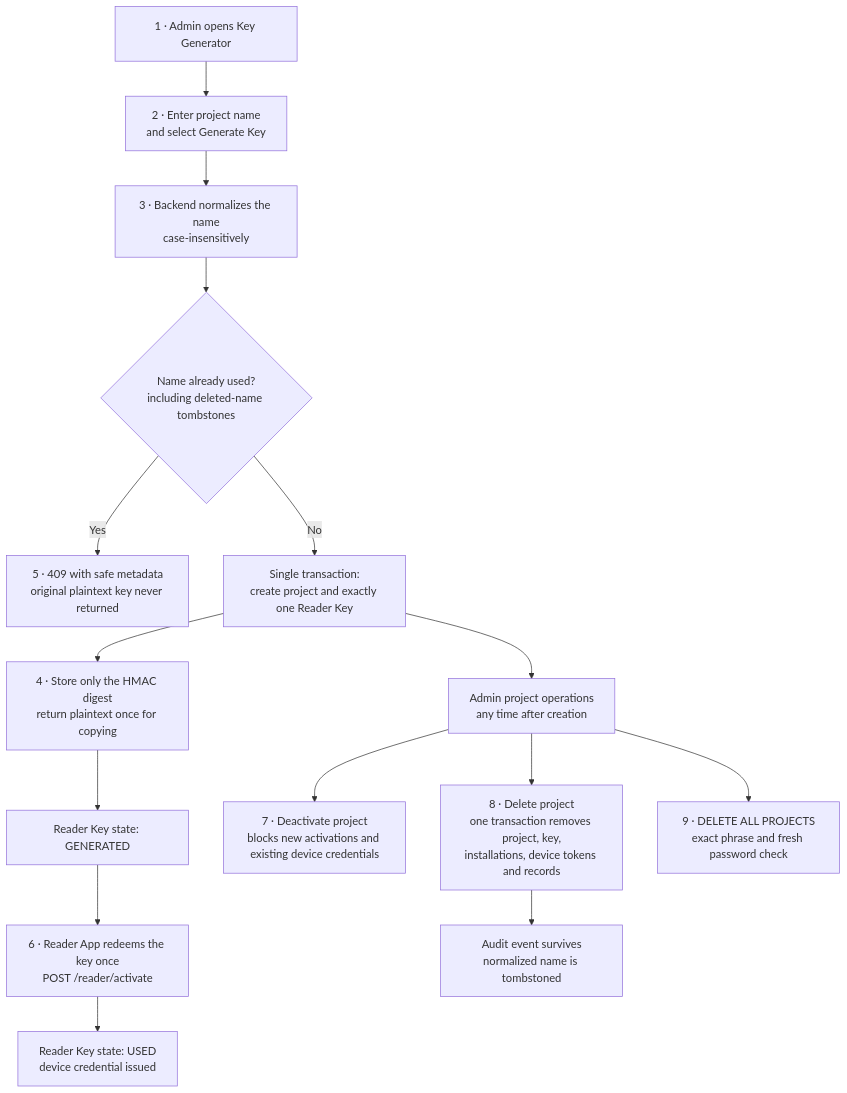
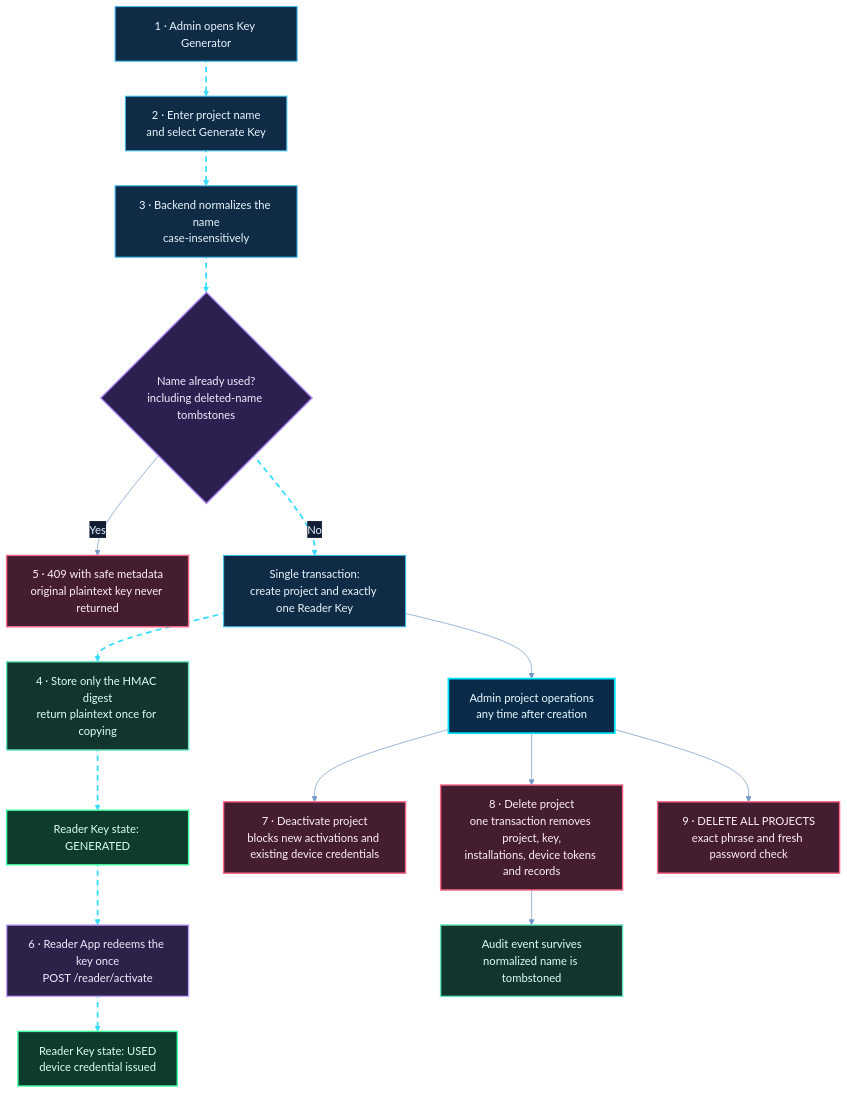
Diagram 13 of 23 in README.md (shajeduzzamanenan992008inc/NexOra-Database-key-Gen), drawn with Mermaid before and after one commit. The commit also changed other lines of this file, not shown here.

````diff
--- a/README.md
+++ b/README.md
@@ -927,17 +1136,40 @@
 ```mermaid
+%%{init: {"theme":"base","themeVariables":{"darkMode":true,"background":"#07111f","primaryColor":"#102744","primaryTextColor":"#e8f7ff","primaryBorderColor":"#00d9ff","lineColor":"#7297c8","secondaryColor":"#261d45","secondaryTextColor":"#f3eaff","secondaryBorderColor":"#a78bfa","tertiaryColor":"#12332b","tertiaryTextColor":"#e0fff1","tertiaryBorderColor":"#41e6a2","fontFamily":"Inter, Segoe UI, sans-serif","edgeLabelBackground":"#101d34","mainBkg":"#102744","nodeBorder":"#00d9ff","clusterBkg":"#0b1930","clusterBorder":"#6f7dff","actorBkg":"#102744","actorBorder":"#00d9ff","actorTextColor":"#e8f7ff","signalColor":"#64d8ff","signalTextColor":"#e8f7ff","noteBkgColor":"#0e332b","noteBorderColor":"#41e6a2","noteTextColor":"#e0fff1"}}}%%
 flowchart TD
-    S1["1 · Admin opens Key Generator"] --> S2["2 · Enter project name<br/>and select Generate Key"]
-    S2 --> S3["3 · Backend normalizes the name<br/>case-insensitively"]
-    S3 --> Q1{"Name already used?<br/>including deleted-name tombstones"}
+    S1["1 · Admin opens Key Generator"] nx11e01@--> S2["2 · Enter project name<br/>and select Generate Key"]
+    S2 nx11e02@--> S3["3 · Backend normalizes the name<br/>case-insensitively"]
+    S3 nx11e03@--> Q1{"Name already used?<br/>including deleted-name tombstones"}
     Q1 -->|Yes| R409["5 · 409 with safe metadata<br/>original plaintext key never returned"]
-    Q1 -->|No| T1["Single transaction:<br/>create project and exactly one Reader Key"]
-    T1 --> T2["4 · Store only the HMAC digest<br/>return plaintext once for copying"]
-    T2 --> ST1["Reader Key state: GENERATED"]
-    ST1 --> RA["6 · Reader App redeems the key once<br/>POST /reader/activate"]
-    RA --> ST2["Reader Key state: USED<br/>device credential issued"]
+    Q1 nx11e04@-->|No| T1["Single transaction:<br/>create project and exactly one Reader Key"]
+    T1 nx11e05@--> T2["4 · Store only the HMAC digest<br/>return plaintext once for copying"]
+    T2 nx11e06@--> ST1["Reader Key state: GENERATED"]
+    ST1 nx11e07@--> RA["6 · Reader App redeems the key once<br/>POST /reader/activate"]
+    RA nx11e08@--> ST2["Reader Key state: USED<br/>device credential issued"]
     T1 --> OPS["Admin project operations<br/>any time after creation"]
     OPS --> DA["7 · Deactivate project<br/>blocks new activations and existing device credentials"]
     OPS --> DP["8 · Delete project<br/>one transaction removes project, key,<br/>installations, device tokens and records"]
     DP --> AU["Audit event survives<br/>normalized name is tombstoned"]
     OPS --> DAP["9 · DELETE ALL PROJECTS<br/>exact phrase and fresh password check"]
+
+    %% OMEGA NEX-ORA visual classes
+    %% OMEGA NEX-ORA / ULTRA NEON PALETTE
+    classDef nxCore fill:#092b49,stroke:#00e5ff,stroke-width:2.5px,color:#e9fbff;
+    classDef nxProcess fill:#102b45,stroke:#3dbcf5,stroke-width:1.5px,color:#e9f6ff;
+    classDef nxDecision fill:#2b2050,stroke:#b38cff,stroke-width:2px,color:#f3edff;
+    classDef nxSuccess fill:#0d3b2c,stroke:#3fffa0,stroke-width:2px,color:#e0fff0;
+    classDef nxDanger fill:#451d30,stroke:#ff6688,stroke-width:2px,color:#fff0f3;
+    classDef nxData fill:#12352d,stroke:#63e6be,stroke-width:2px,color:#e1fff5;
+    classDef nxExternal fill:#2b2149,stroke:#c4a5ff,stroke-width:2px,color:#f3ecff;
+    classDef nxInfo fill:#17253e,stroke:#91a7c9,stroke-width:1.5px,color:#e5efff;
+    classDef nxWarning fill:#453116,stroke:#fbbf24,stroke-width:2px,color:#fff6d6;
+    %% Moving dashed route: Mermaid applies this class to explicitly identified edges.
+    classDef nxAnimated stroke:#35dcff,stroke-width:2.5px,stroke-dasharray:8\,6,stroke-dashoffset:1000,animation:dash 24s linear infinite;
+    class S1,S2,S3,T1 nxProcess;
+    class Q1 nxDecision;
+    class R409,DA,DP,DAP nxDanger;
+    class T2,AU nxData;
+    class ST1,ST2 nxSuccess;
+    class RA nxExternal;
+    class OPS nxCore;
+    class nx11e01,nx11e02,nx11e03,nx11e04,nx11e05,nx11e06,nx11e07,nx11e08 nxAnimated;
 ```
````
